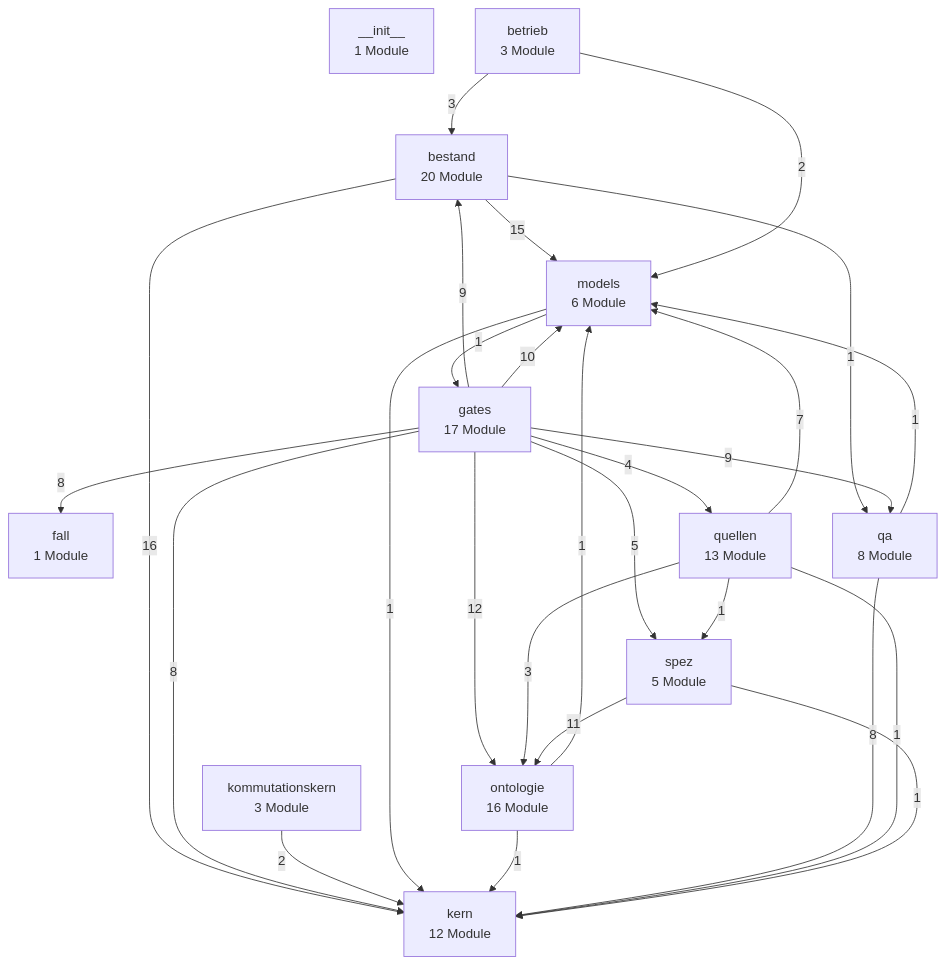
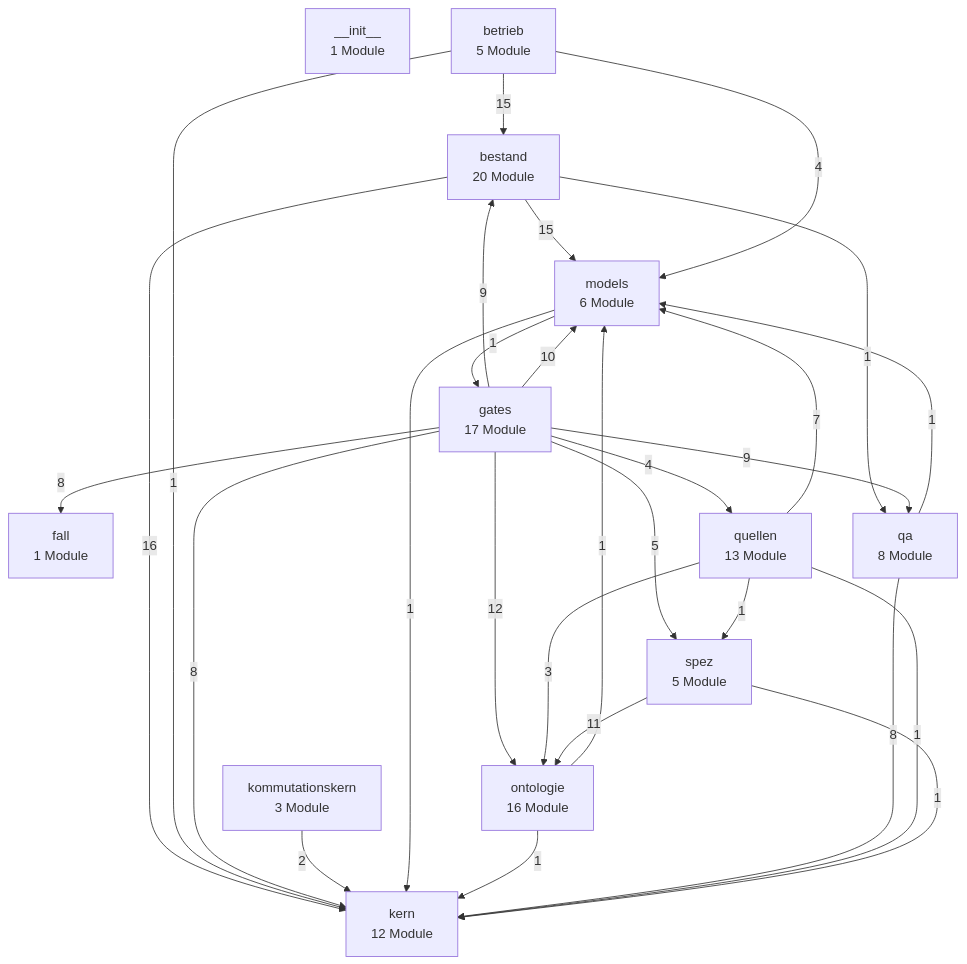
The first of 3 diagrams in docs/architektur/landkarte.md (bartlmac/rechner-pipeline), drawn with Mermaid before and after one commit. The commit also changed other lines of this file and 6 other files, not shown here.

````diff
--- a/docs/architektur/landkarte.md
+++ b/docs/architektur/landkarte.md
@@ -27,42 +27,43 @@
 ```mermaid
 %% Schichten — erzeugt von ontologie.landkarte
 flowchart TD
     n__init__["__init__<br/>1 Module"]
     bestand["bestand<br/>20 Module"]
-    betrieb["betrieb<br/>3 Module"]
+    betrieb["betrieb<br/>5 Module"]
     fall["fall<br/>1 Module"]
     gates["gates<br/>17 Module"]
     kern["kern<br/>12 Module"]
     kommutationskern["kommutationskern<br/>3 Module"]
     models["models<br/>6 Module"]
     ontologie["ontologie<br/>16 Module"]
     qa["qa<br/>8 Module"]
     quellen["quellen<br/>13 Module"]
     spez["spez<br/>5 Module"]
     bestand -- 16 --> kern
     bestand -- 15 --> models
     bestand -- 1 --> qa
-    betrieb -- 3 --> bestand
-    betrieb -- 2 --> models
+    betrieb -- 15 --> bestand
+    betrieb -- 1 --> kern
+    betrieb -- 4 --> models
     gates -- 9 --> bestand
     gates -- 8 --> fall
     gates -- 8 --> kern
     gates -- 10 --> models
     gates -- 12 --> ontologie
     gates -- 9 --> qa
     gates -- 4 --> quellen
     gates -- 5 --> spez
     kommutationskern -- 2 --> kern
     models -- 1 --> gates
     models -- 1 --> kern
     ontologie -- 1 --> kern
     ontologie -- 1 --> models
     qa -- 8 --> kern
     qa -- 1 --> models
     quellen -- 1 --> kern
     quellen -- 7 --> models
     quellen -- 3 --> ontologie
     quellen -- 1 --> spez
     spez -- 1 --> kern
     spez -- 11 --> ontologie
 ```
````
